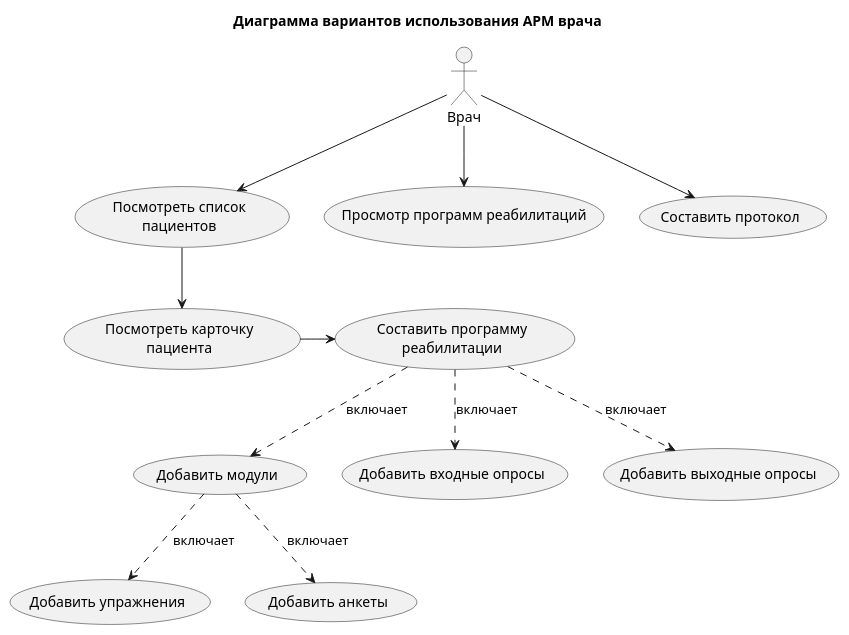
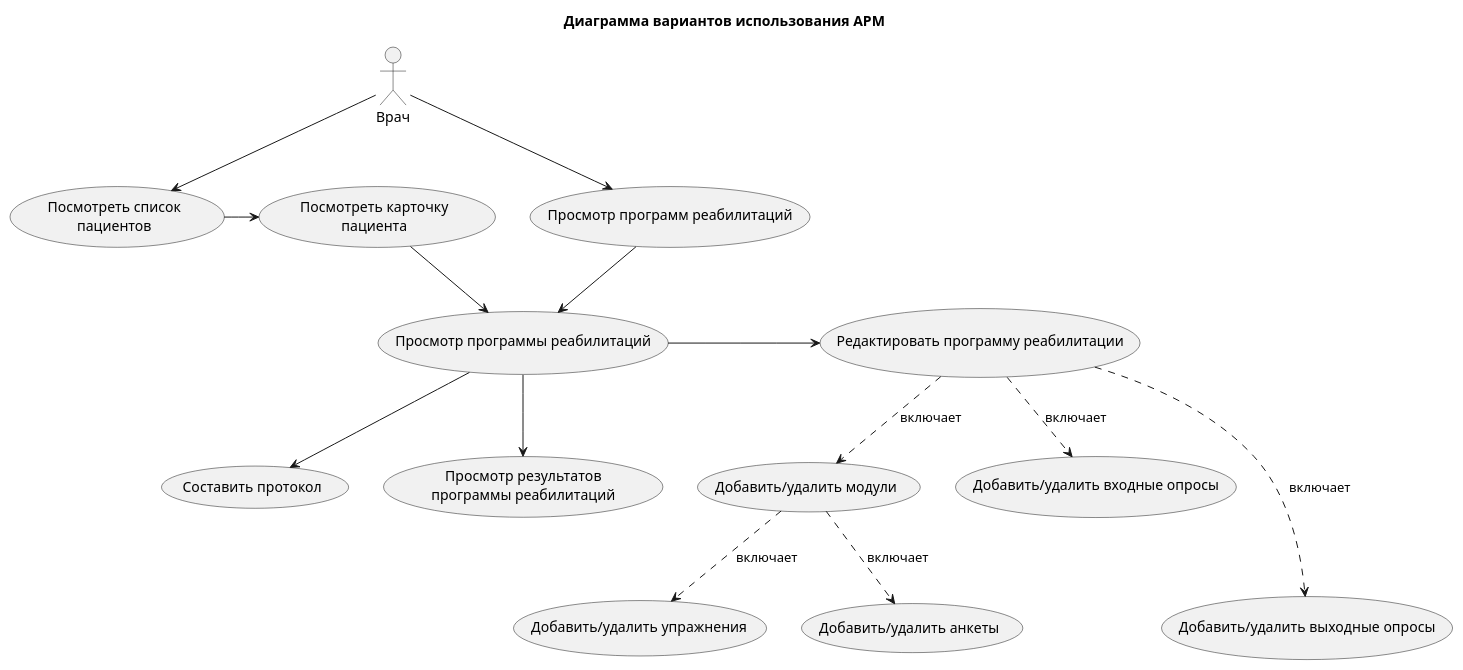
One commit to giezz/rc-arm-modules-back changed the diagram in arm/uml/use-case.puml. Above: the diagram before and after it, drawn with PlantUML.

Commit message:
Обновлена use-case диаграмма.

```diff
--- a/arm/uml/use-case.puml
+++ b/arm/uml/use-case.puml
@@ -1,25 +1,37 @@
 @startuml
 'https://plantuml.com/use-case-diagram
 
-title Диаграмма вариантов использования АРМ врача
+title Диаграмма вариантов использования АРМ
 'left to right direction
 
 actor Врач as doc
-
-(Добавить модули)
-(Добавить входные опросы)
-(Добавить выходные опросы)
-
+(Посмотреть список\nпациентов)
+(Посмотреть карточку\nпациента)
+(Просмотр программ реабилитаций)
+(Просмотр программы реабилитаций)
+(Просмотр результатов\nпрограммы реабилитаций)
+(Cоставить протокол)
+(Редактировать программу реабилитации)
+(Редактировать программу реабилитации) ..> (Добавить/удалить входные опросы) : включает
+(Редактировать программу реабилитации) ...> (Добавить/удалить выходные опросы) : включает
+(Редактировать программу реабилитации) ..> (Добавить/удалить модули) : включает
+(Добавить/удалить модули) ..> (Добавить/удалить упражнения) : включает
+(Добавить/удалить модули) ..> (Добавить/удалить анкеты) : включает
 doc --> (Посмотреть список\nпациентов)
 doc --> (Просмотр программ реабилитаций)
 
-doc --> (Cоставить протокол)
 
-(Посмотреть список\nпациентов) --> (Посмотреть карточку\nпациента)
-(Составить программу\nреабилитации) ..> (Добавить входные опросы) : включает
-(Составить программу\nреабилитации) ..> (Добавить выходные опросы) : включает
-(Составить программу\nреабилитации) ..> (Добавить модули) : включает
-(Добавить модули) ..> (Добавить упражнения) : включает
-(Добавить модули) ..> (Добавить анкеты) : включает
-(Посмотреть карточку\nпациента) -> (Составить программу\nреабилитации)
+(Посмотреть список\nпациентов) -> (Посмотреть карточку\nпациента)
+(Посмотреть карточку\nпациента) --> (Просмотр программы реабилитаций)
+(Просмотр программ реабилитаций) --> (Просмотр программы реабилитаций)
+(Просмотр программы реабилитаций) -> (Редактировать программу реабилитации)
+(Просмотр программы реабилитаций) --> (Просмотр результатов\nпрограммы реабилитаций)
+(Просмотр программы реабилитаций) --> (Cоставить протокол)
+'(Посмотреть список\nпациентов) -> (Посмотреть карточку\nпациента)
+'(Посмотреть карточку\nпациента) -> (Просмотр программ реабилитаций)
+'(Посмотреть карточку\nпациента) -> (Составить программу\nреабилитации)
+'(Просмотр программ реабилитаций) -> (Редактировать программу реабилитации)
+'(Составить программу\nреабилитации) --> (Редактировать программу реабилитации)
+
+
 @enduml
```
